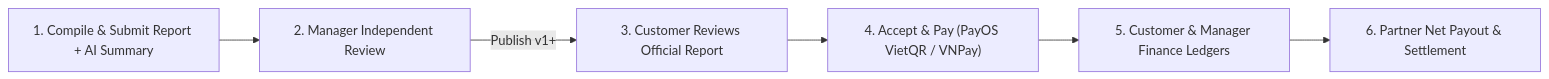
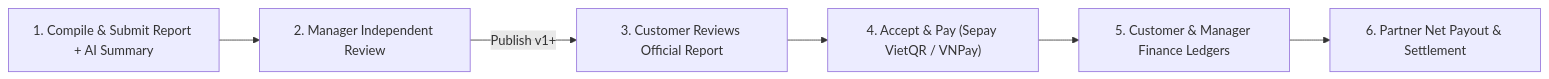
The sixth of 6 diagrams in reports/report-7-final-project-report/06-release-package-and-user-guides.md (tungbach12/SmartDroneInspection-Docs), drawn with Mermaid before and after one commit. The commit also changed other lines of this file and 29 other files, not shown here.

Commit message:
docs(reports,diagrams): sync V67-V69 schema, Sepay/VNPay hardening, and ERD/state/package diagrams

````diff
--- a/reports/report-7-final-project-report/06-release-package-and-user-guides.md
+++ b/reports/report-7-final-project-report/06-release-package-and-user-guides.md
@@ -120,9 +120,9 @@
 ```mermaid
 %% title: Workflow 6 — Report Authoring, Review, Acceptance and Financial Settlement
 flowchart LR
   W6A["1. Compile & Submit Report + AI Summary"] --> W6B["2. Manager Independent Review"]
   W6B -->|"Publish v1+"| W6C["3. Customer Reviews Official Report"]
-  W6C --> W6D["4. Accept & Pay (PayOS VietQR / VNPay)"]
+  W6C --> W6D["4. Accept & Pay (Sepay VietQR / VNPay)"]
   W6D --> W6E["5. Customer & Manager Finance Ledgers"]
   W6E --> W6F["6. Partner Net Payout & Settlement"]
 ```
````
